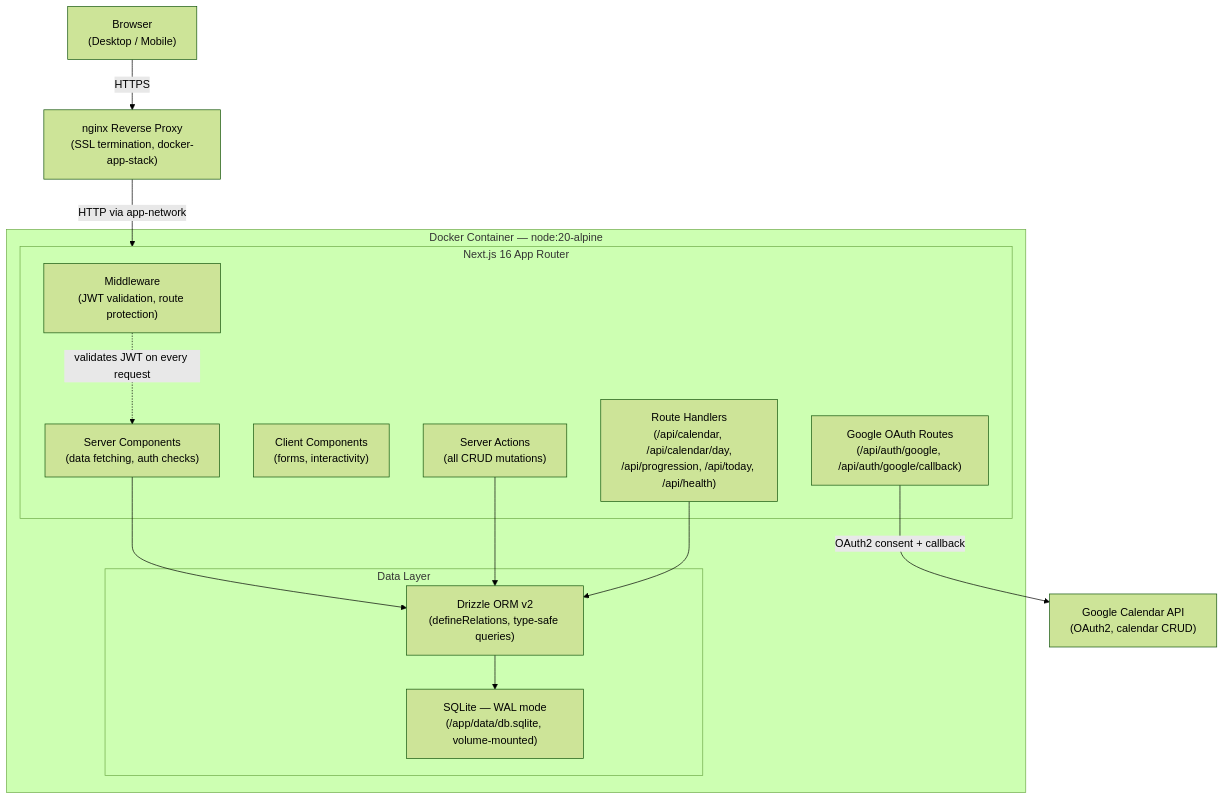
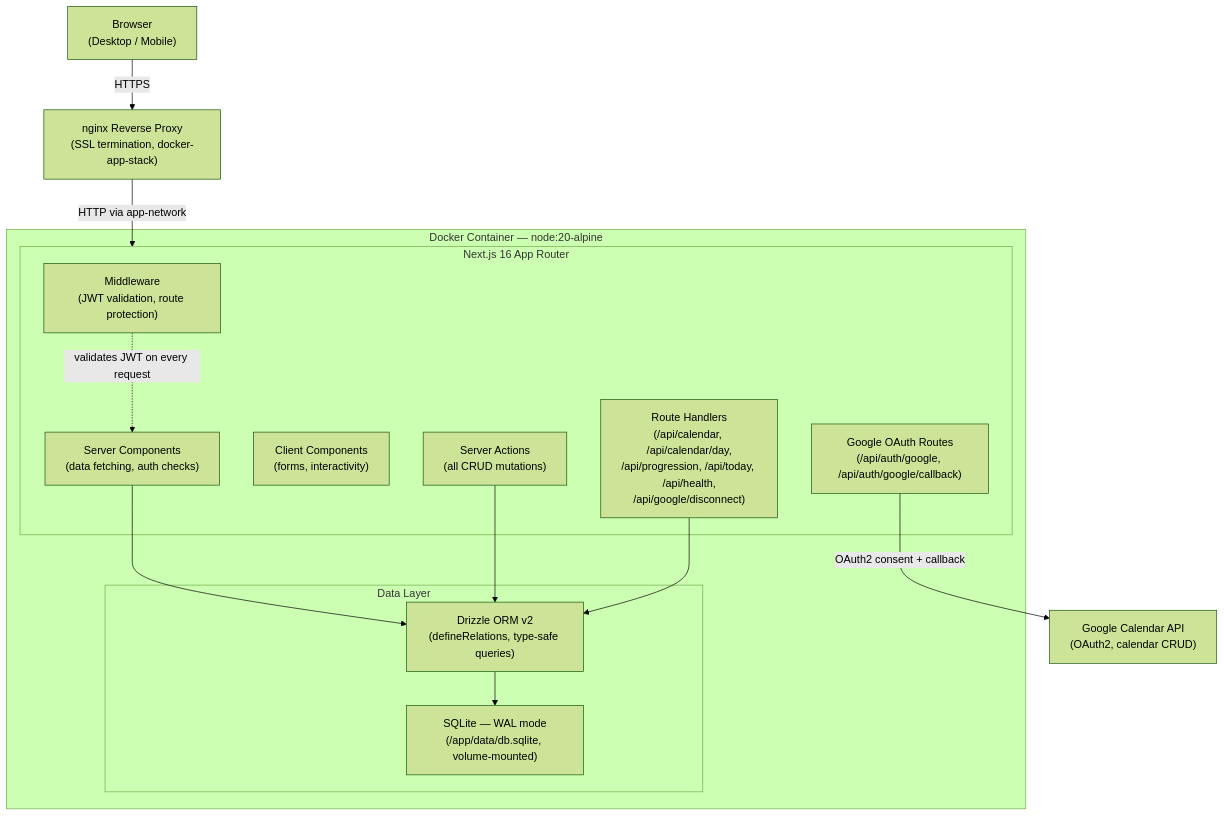
The first of 2 diagrams in docs/architecture.md (yaronmolho1/fitness-app), drawn with Mermaid (forest theme) before and after one commit. The commit also changed other lines of this file and 9 other files, not shown here.

First line of the commit message:
feat: [T205] Google credential queries + disconnect (#470)

````diff
--- a/docs/architecture.md
+++ b/docs/architecture.md
@@ -19,31 +19,31 @@
 ```mermaid
 graph TD
     Browser["Browser\n(Desktop / Mobile)"]
     Nginx["nginx Reverse Proxy\n(SSL termination, docker-app-stack)"]
     GoogleAPI["Google Calendar API\n(OAuth2, calendar CRUD)"]
 
     subgraph Docker["Docker Container — node:20-alpine"]
         subgraph NextApp["Next.js 16 App Router"]
             MW["Middleware\n(JWT validation, route protection)"]
             SC["Server Components\n(data fetching, auth checks)"]
             CC["Client Components\n(forms, interactivity)"]
             SA["Server Actions\n(all CRUD mutations)"]
-            RH["Route Handlers\n(/api/calendar, /api/calendar/day,\n/api/progression, /api/today, /api/health)"]
+            RH["Route Handlers\n(/api/calendar, /api/calendar/day,\n/api/progression, /api/today, /api/health,\n/api/google/disconnect)"]
             GoogleAuth["Google OAuth Routes\n(/api/auth/google, /api/auth/google/callback)"]
         end
 
         subgraph DataLayer["Data Layer"]
             Drizzle["Drizzle ORM v2\n(defineRelations, type-safe queries)"]
             SQLite["SQLite — WAL mode\n(/app/data/db.sqlite, volume-mounted)"]
         end
     end
 
     Browser -->|HTTPS| Nginx
     Nginx -->|HTTP via app-network| NextApp
     MW -.->|validates JWT on every request| SC
     SC --> Drizzle
     SA --> Drizzle
     RH --> Drizzle
     Drizzle --> SQLite
     GoogleAuth -->|OAuth2 consent + callback| GoogleAPI
 ```
````
